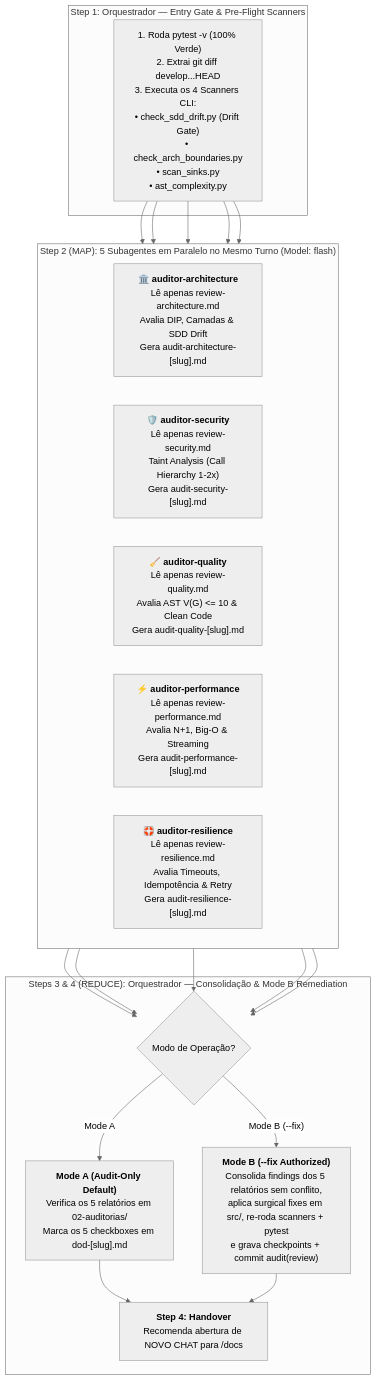
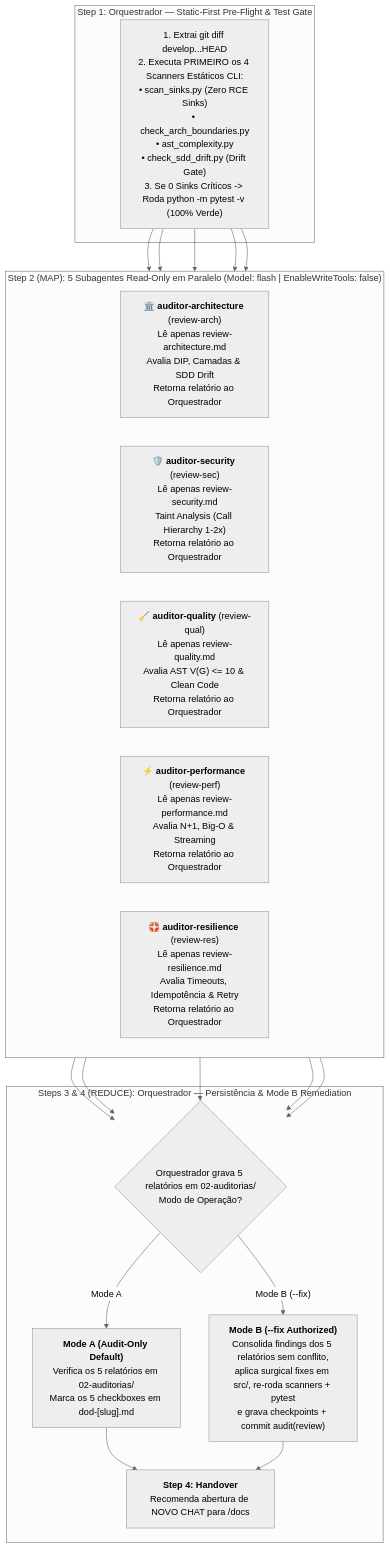
One commit to MarcosVeniciu/antigravity-agentic-skills changed the diagram in doc/skills/review/README.md. Above: the diagram before and after it, drawn with Mermaid (neutral theme). The commit also changed other lines of this file and 71 other files, not shown here.

````diff
--- a/doc/skills/review/README.md
+++ b/doc/skills/review/README.md
@@ -25,29 +25,29 @@
 ```mermaid
 flowchart TD
-    subgraph MainPre["Step 1: Orquestrador — Entry Gate & Pre-Flight Scanners"]
-        S1["1. Roda pytest -v (100% Verde)<br/>2. Extrai git diff develop...HEAD<br/>3. Executa os 4 Scanners CLI:<br/>• check_sdd_drift.py (Drift Gate)<br/>• check_arch_boundaries.py<br/>• scan_sinks.py<br/>• ast_complexity.py"]
+    subgraph MainPre["Step 1: Orquestrador — Static-First Pre-Flight & Test Gate"]
+        S1["1. Extrai git diff develop...HEAD<br/>2. Executa PRIMEIRO os 4 Scanners Estáticos CLI:<br/>• scan_sinks.py (Zero RCE Sinks)<br/>• check_arch_boundaries.py<br/>• ast_complexity.py<br/>• check_sdd_drift.py (Drift Gate)<br/>3. Se 0 Sinks Críticos -> Roda python -m pytest -v (100% Verde)"]
     end
 
-    subgraph MapPhase["Step 2 (MAP): 5 Subagentes em Paralelo no Mesmo Turno (Model: flash)"]
+    subgraph MapPhase["Step 2 (MAP): 5 Subagentes Read-Only em Paralelo (Model: flash | EnableWriteTools: false)"]
         direction LR
-        A1["🏛️ <b>auditor-architecture</b><br/>Lê apenas review-architecture.md<br/>Avalia DIP, Camadas & SDD Drift<br/>Gera audit-architecture-[slug].md"]
-        A2["🛡️ <b>auditor-security</b><br/>Lê apenas review-security.md<br/>Taint Analysis (Call Hierarchy 1-2x)<br/>Gera audit-security-[slug].md"]
-        A3["🧹 <b>auditor-quality</b><br/>Lê apenas review-quality.md<br/>Avalia AST V(G) <= 10 & Clean Code<br/>Gera audit-quality-[slug].md"]
-        A4["⚡ <b>auditor-performance</b><br/>Lê apenas review-performance.md<br/>Avalia N+1, Big-O & Streaming<br/>Gera audit-performance-[slug].md"]
-        A5["🛟 <b>auditor-resilience</b><br/>Lê apenas review-resilience.md<br/>Avalia Timeouts, Idempotência & Retry<br/>Gera audit-resilience-[slug].md"]
+        A1["🏛️ <b>auditor-architecture</b> (review-arch)<br/>Lê apenas review-architecture.md<br/>Avalia DIP, Camadas & SDD Drift<br/>Retorna relatório ao Orquestrador"]
+        A2["🛡️ <b>auditor-security</b> (review-sec)<br/>Lê apenas review-security.md<br/>Taint Analysis (Call Hierarchy 1-2x)<br/>Retorna relatório ao Orquestrador"]
+        A3["🧹 <b>auditor-quality</b> (review-qual)<br/>Lê apenas review-quality.md<br/>Avalia AST V(G) <= 10 & Clean Code<br/>Retorna relatório ao Orquestrador"]
+        A4["⚡ <b>auditor-performance</b> (review-perf)<br/>Lê apenas review-performance.md<br/>Avalia N+1, Big-O & Streaming<br/>Retorna relatório ao Orquestrador"]
+        A5["🛟 <b>auditor-resilience</b> (review-res)<br/>Lê apenas review-resilience.md<br/>Avalia Timeouts, Idempotência & Retry<br/>Retorna relatório ao Orquestrador"]
     end
 
-    subgraph ReducePhase["Steps 3 & 4 (REDUCE): Orquestrador — Consolidação & Mode B Remediation"]
-        R1{"Modo de Operação?"}
+    subgraph ReducePhase["Steps 3 & 4 (REDUCE): Orquestrador — Persistência & Mode B Remediation"]
+        R1{"Orquestrador grava 5 relatórios em 02-auditorias/<br/>Modo de Operação?"}
         ModeA["<b>Mode A (Audit-Only Default)</b><br/>Verifica os 5 relatórios em 02-auditorias/<br/>Marca os 5 checkboxes em dod-[slug].md"]
         ModeB["<b>Mode B (--fix Authorized)</b><br/>Consolida findings dos 5 relatórios sem conflito,<br/>aplica surgical fixes em src/, re-roda scanners + pytest<br/>e grava checkpoints + commit audit(review)"]
         Handover["<b>Step 4: Handover</b><br/>Recomenda abertura de NOVO CHAT para /docs"]
     end
 
     S1 --> A1 & A2 & A3 & A4 & A5
     A1 & A2 & A3 & A4 & A5 --> R1
     R1 -->|"Mode A"| ModeA
     R1 -->|"Mode B (--fix)"| ModeB
     ModeA --> Handover
     ModeB --> Handover
 ```
````
